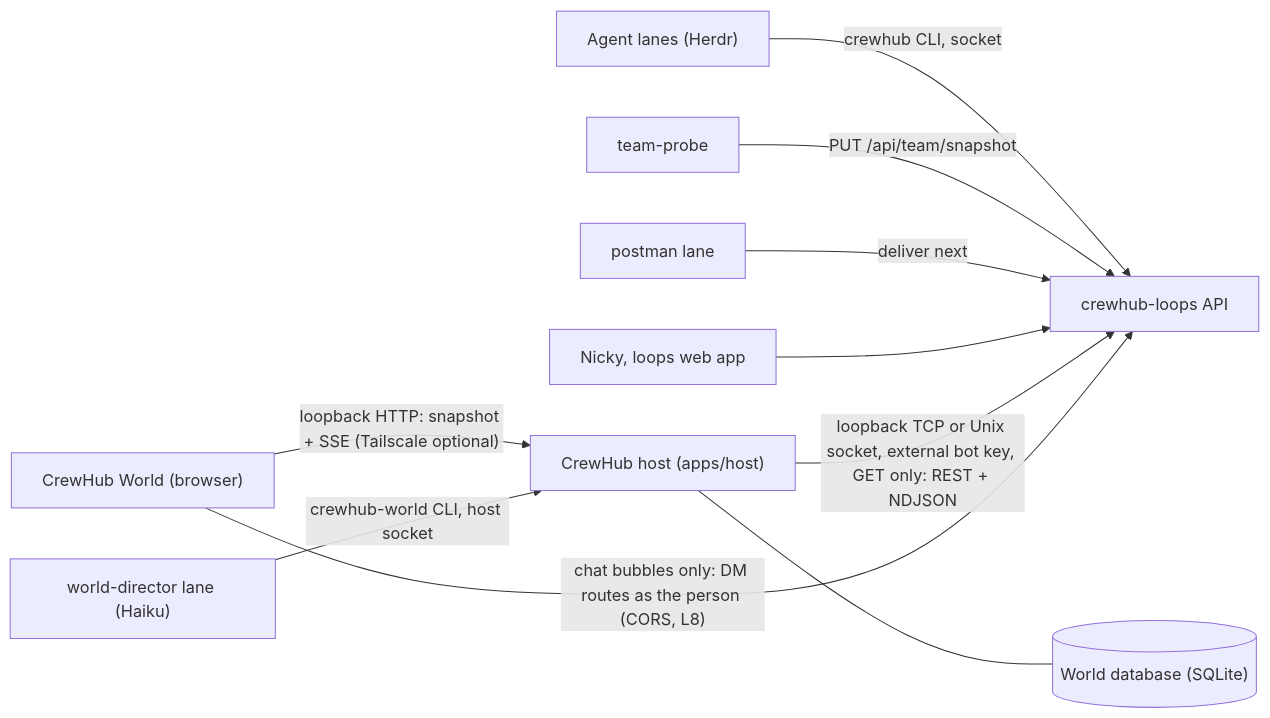
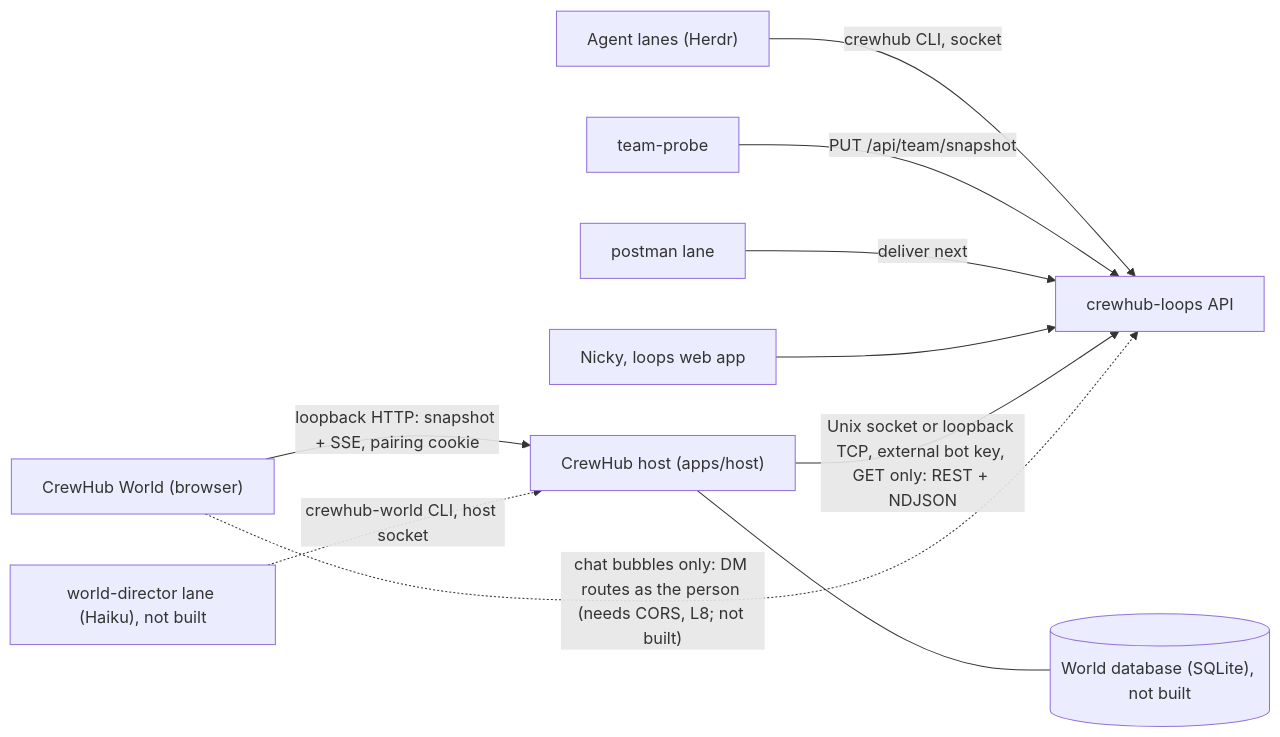
The diagram in docs/ARCHITECTURE.md (EKINSOL-DEV/crewhub2), drawn with Mermaid before and after one commit. The commit also changed other lines of this file and 1 other file, not shown here.

````diff
--- a/docs/ARCHITECTURE.md
+++ b/docs/ARCHITECTURE.md
@@ -18,12 +20,12 @@
 ```mermaid
 flowchart LR
   Agents["Agent lanes (Herdr)"] -- "crewhub CLI, socket" --> Loops["crewhub-loops API"]
   Probe["team-probe"] -- "PUT /api/team/snapshot" --> Loops
   Postman["postman lane"] -- "deliver next" --> Loops
   People["Nicky, loops web app"] --> Loops
-  Host["CrewHub host (apps/host)"] -- "loopback TCP or Unix socket, external bot key, GET only: REST + NDJSON" --> Loops
-  Host --- DB[("World database (SQLite)")]
-  Browser["CrewHub World (browser)"] -- "loopback HTTP: snapshot + SSE (Tailscale optional)" --> Host
-  Browser -- "chat bubbles only: DM routes as the person (CORS, L8)" --> Loops
-  Director["world-director lane (Haiku)"] -- "crewhub-world CLI, host socket" --> Host
+  Host["CrewHub host (apps/host)"] -- "Unix socket or loopback TCP, external bot key, GET only: REST + NDJSON" --> Loops
+  Host --- DB[("World database (SQLite), not built")]
+  Browser["CrewHub World (browser)"] -- "loopback HTTP: snapshot + SSE, pairing cookie" --> Host
+  Browser -. "chat bubbles only: DM routes as the person (needs CORS, L8; not built)" .-> Loops
+  Director["world-director lane (Haiku), not built"] -. "crewhub-world CLI, host socket" .-> Host
 ```
````
